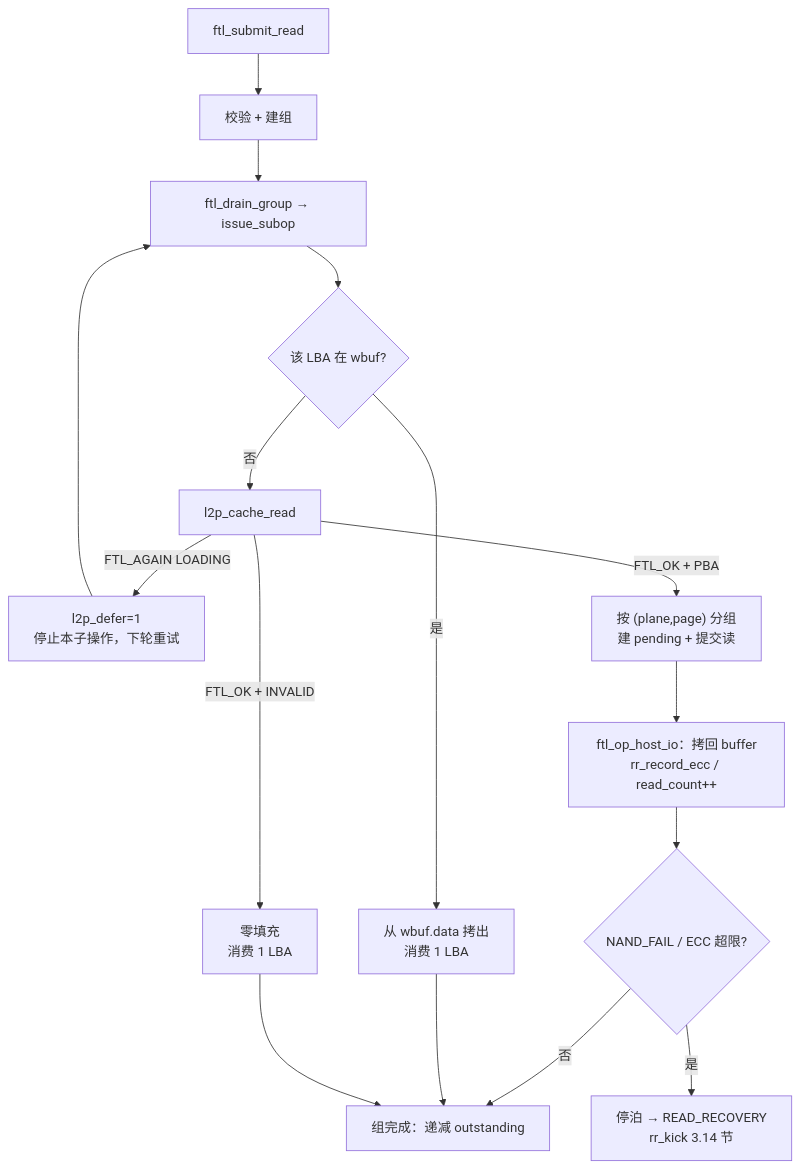
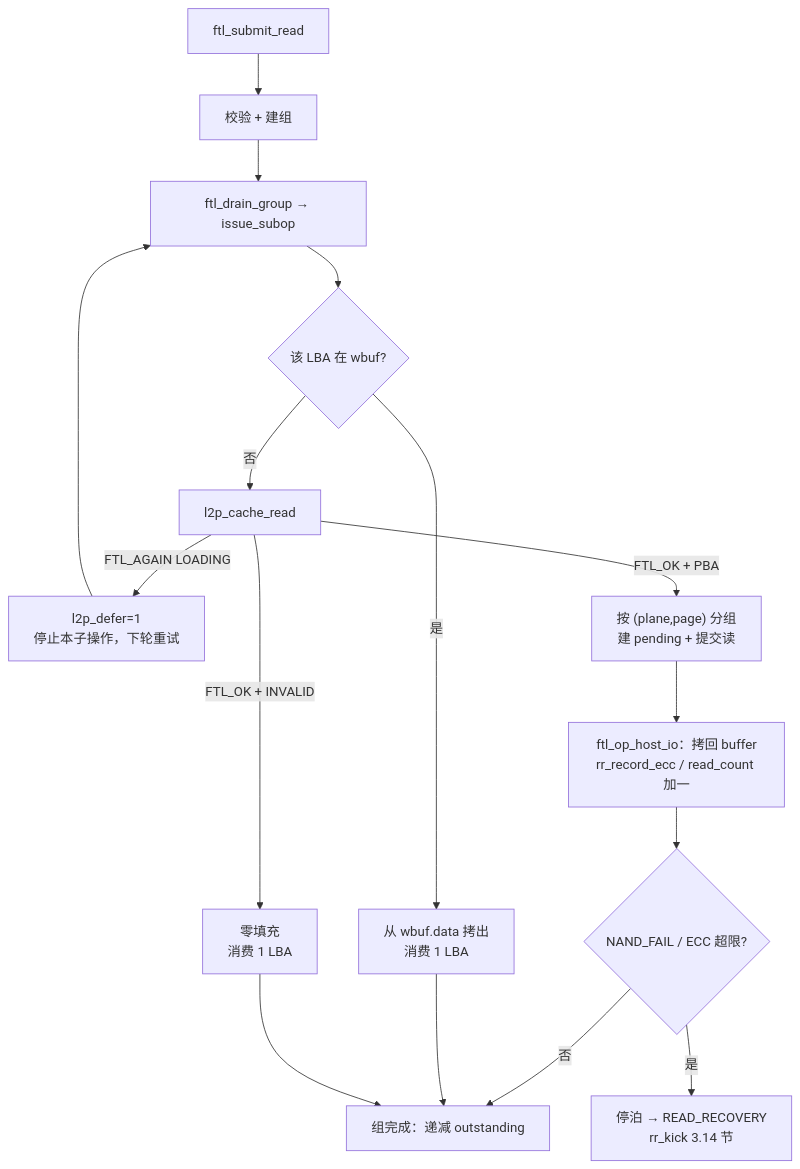
Before and after one commit to YzYMIAO/BASESSD: diagram 22 of 28 in docs/design/ftl_design.md, drawn with Mermaid. The commit also changed other lines of this file, not shown here.

First line of the commit message:
docs(ftl): 补充推荐阅读顺序并清理 mermaid 序列图

````diff
--- a/docs/design/ftl_design.md
+++ b/docs/design/ftl_design.md
@@ -2879,18 +2912,18 @@
 ```mermaid
 flowchart TD
     A["ftl_submit_read"] --> B["校验 + 建组"]
     B --> C["ftl_drain_group → issue_subop"]
     C --> D{"该 LBA 在 wbuf?"}
     D -- "是" --> E["从 wbuf.data 拷出<br/>消费 1 LBA"]
     D -- "否" --> F["l2p_cache_read"]
     F -- "FTL_AGAIN LOADING " --> G["l2p_defer=1<br/>停止本子操作，下轮重试"]
     F -- "FTL_OK + INVALID" --> H["零填充<br/>消费 1 LBA"]
     F -- "FTL_OK + PBA" --> I["按 (plane,page) 分组<br/>建 pending + 提交读"]
-    I --> J["ftl_op_host_io：拷回 buffer<br/>rr_record_ecc / read_count++"]
+    I --> J["ftl_op_host_io：拷回 buffer<br/>rr_record_ecc / read_count 加一"]
     J --> K{"NAND_FAIL / ECC 超限?"}
     K -- "是" --> L["停泊 → READ_RECOVERY<br/>rr_kick 3.14 节 "]
     K -- "否" --> M["组完成：递减 outstanding"]
     E --> M
     H --> M
     G --> C
 ```
````
